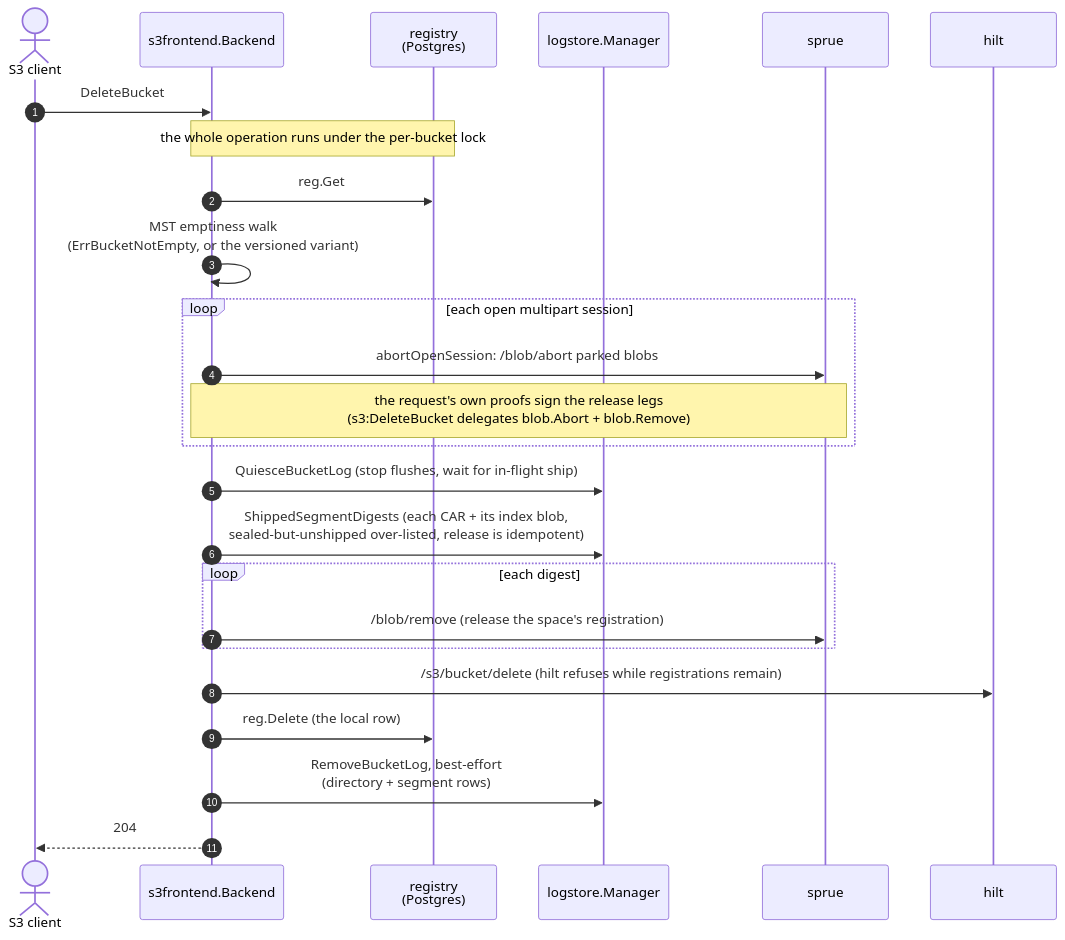
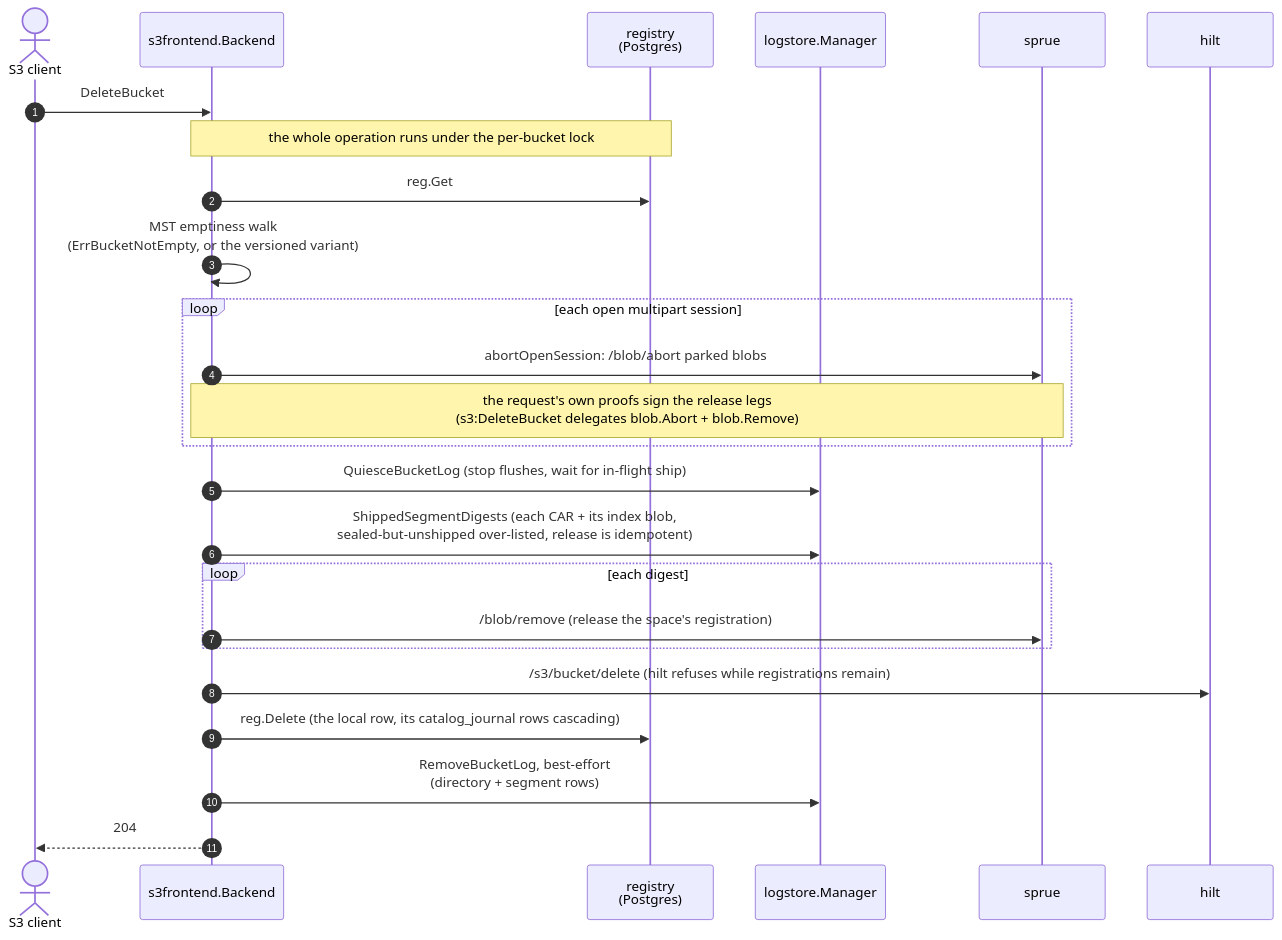
Before and after one commit to fil-forge/ingot: diagram 15 of 15 in docs/diagrams.md, drawn with Mermaid. The commit also changed other lines of this file and 29 other files, not shown here.

First line of the commit message:
Journal each commit's catalog blocks in Postgres until their segment ships (#303)

````diff
--- a/docs/diagrams.md
+++ b/docs/diagrams.md
@@ -1211,28 +1226,28 @@
 ```mermaid
 sequenceDiagram
     autonumber
     actor C as S3 client
     participant B as s3frontend.Backend
     participant R as registry<br/>(Postgres)
     participant L as logstore.Manager
     participant U as sprue
     participant H as hilt
 
     C->>B: DeleteBucket
     Note over B,R: the whole operation runs under the per-bucket lock
     B->>R: reg.Get
     B->>B: MST emptiness walk<br/>(ErrBucketNotEmpty, or the versioned variant)
     loop each open multipart session
         B->>U: abortOpenSession: /blob/abort parked blobs
         Note over B,U: the request's own proofs sign the release legs<br/>(s3:DeleteBucket delegates blob.Abort + blob.Remove)
     end
     B->>L: QuiesceBucketLog (stop flushes, wait for in-flight ship)
     B->>L: ShippedSegmentDigests (each CAR + its index blob,<br/>sealed-but-unshipped over-listed, release is idempotent)
     loop each digest
         B->>U: /blob/remove (release the space's registration)
     end
     B->>H: /s3/bucket/delete (hilt refuses while registrations remain)
-    B->>R: reg.Delete (the local row)
+    B->>R: reg.Delete (the local row, its catalog_journal rows cascading)
     B->>L: RemoveBucketLog, best-effort<br/>(directory + segment rows)
     B-->>C: 204
 ```
````
